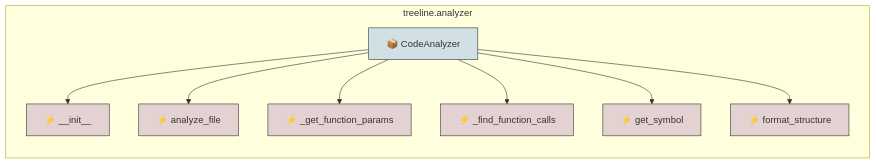
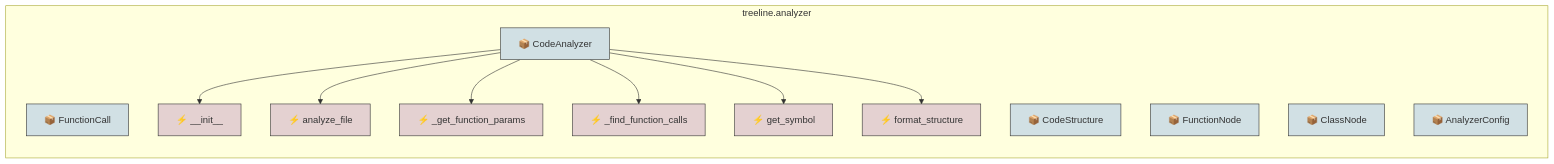
One commit to duriantaco/treeline changed the fourth of 9 diagrams in docs/tree.md. Above: the diagram before and after it, drawn with Mermaid. The commit also changed other lines of this file and 5 other files, not shown here.

````diff
--- a/docs/tree.md
+++ b/docs/tree.md
@@ -74,25 +79,30 @@
 ```mermaid
 graph TD
 
     %% Styling
     classDef fnNode fill:#e4d1d1,stroke:#333
     classDef clsNode fill:#d1e0e4,stroke:#333
 
     subgraph treeline_analyzer["treeline.analyzer"]
         direction TB
+        treeline_analyzer_FunctionCall["📦 FunctionCall"]:::clsNode
+        treeline_analyzer_CodeStructure["📦 CodeStructure"]:::clsNode
+        treeline_analyzer_FunctionNode["📦 FunctionNode"]:::clsNode
+        treeline_analyzer_ClassNode["📦 ClassNode"]:::clsNode
+        treeline_analyzer_AnalyzerConfig["📦 AnalyzerConfig"]:::clsNode
         treeline_analyzer_CodeAnalyzer["📦 CodeAnalyzer"]:::clsNode
         treeline_analyzer_CodeAnalyzer___init__["⚡ __init__"]:::fnNode
         treeline_analyzer_CodeAnalyzer --> treeline_analyzer_CodeAnalyzer___init__
         treeline_analyzer_CodeAnalyzer_analyze_file["⚡ analyze_file"]:::fnNode
         treeline_analyzer_CodeAnalyzer --> treeline_analyzer_CodeAnalyzer_analyze_file
         treeline_analyzer_CodeAnalyzer__get_function_params["⚡ _get_function_params"]:::fnNode
         treeline_analyzer_CodeAnalyzer --> treeline_analyzer_CodeAnalyzer__get_function_params
         treeline_analyzer_CodeAnalyzer__find_function_calls["⚡ _find_function_calls"]:::fnNode
         treeline_analyzer_CodeAnalyzer --> treeline_analyzer_CodeAnalyzer__find_function_calls
         treeline_analyzer_CodeAnalyzer_get_symbol["⚡ get_symbol"]:::fnNode
         treeline_analyzer_CodeAnalyzer --> treeline_analyzer_CodeAnalyzer_get_symbol
         treeline_analyzer_CodeAnalyzer_format_structure["⚡ format_structure"]:::fnNode
         treeline_analyzer_CodeAnalyzer --> treeline_analyzer_CodeAnalyzer_format_structure
     end
 
 ```
````
